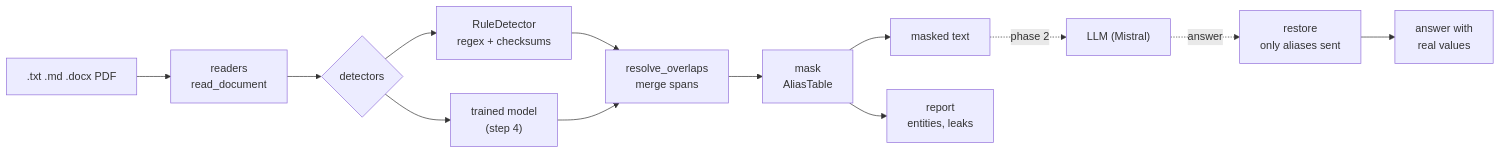
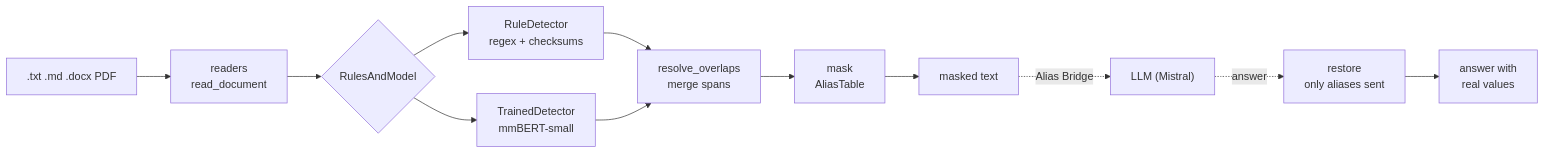
One commit to gabrielkpo/alias changed the diagram in README.md. Above: the diagram before and after it, drawn with Mermaid. The commit also changed other lines of this file and 2 other files, not shown here.

````diff
--- a/README.md
+++ b/README.md
@@ -33,15 +33,14 @@
 ```mermaid
 flowchart LR
     F[".txt .md .docx PDF"] --> R["readers<br/>read_document"]
-    R --> D{"detectors"}
+    R --> D{"RulesAndModel"}
     D --> RU["RuleDetector<br/>regex + checksums"]
-    D --> M["trained model<br/>(step 4)"]
+    D --> M["TrainedDetector<br/>mmBERT-small"]
     RU --> O["resolve_overlaps<br/>merge spans"]
     M --> O
     O --> K["mask<br/>AliasTable"]
     K --> T["masked text"]
-    K --> J["report<br/>entities, leaks"]
-    T -. phase 2 .-> L["LLM (Mistral)"]
+    T -. Alias Bridge .-> L["LLM (Mistral)"]
     L -. answer .-> RS["restore<br/>only aliases sent"]
     RS --> A["answer with<br/>real values"]
 ```
````
